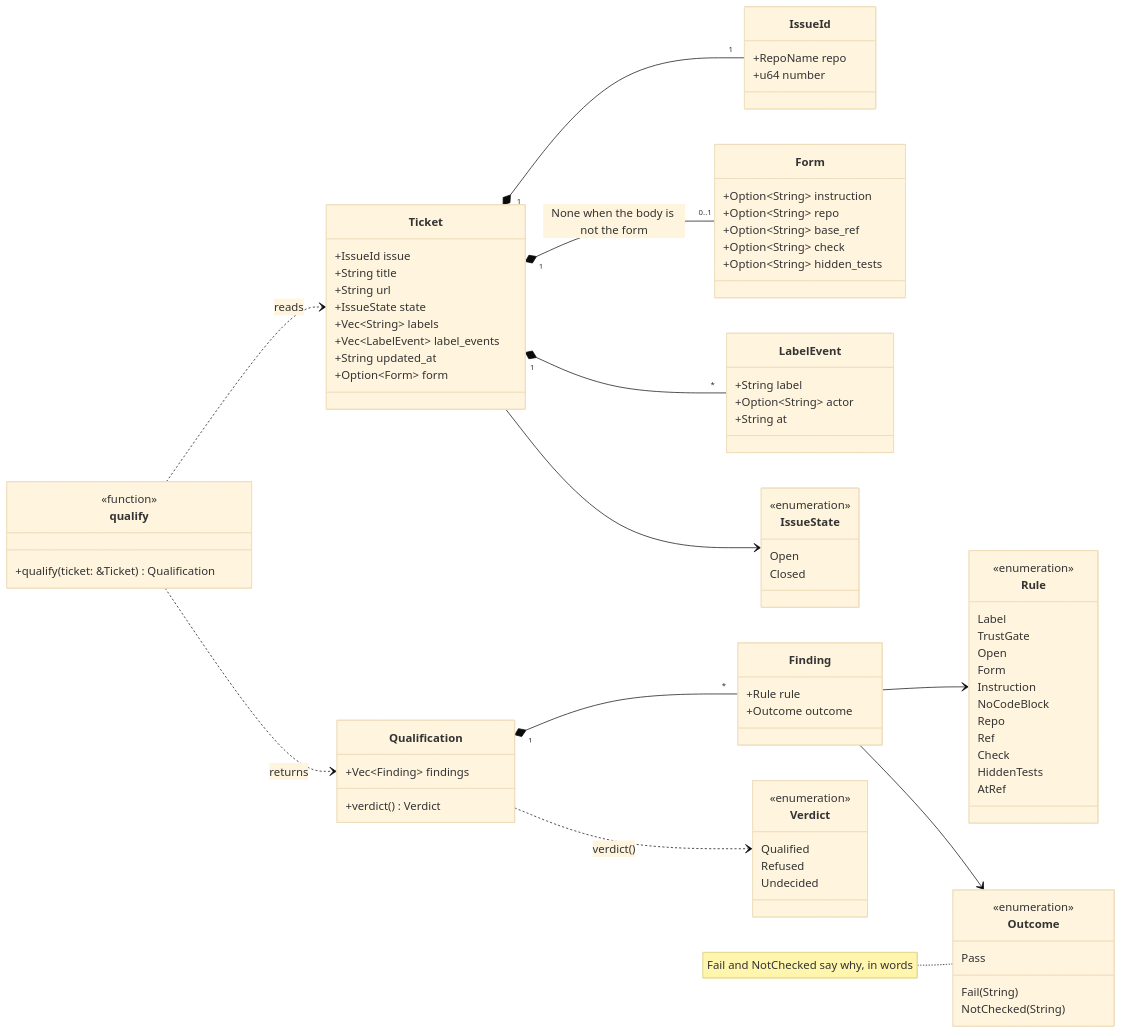
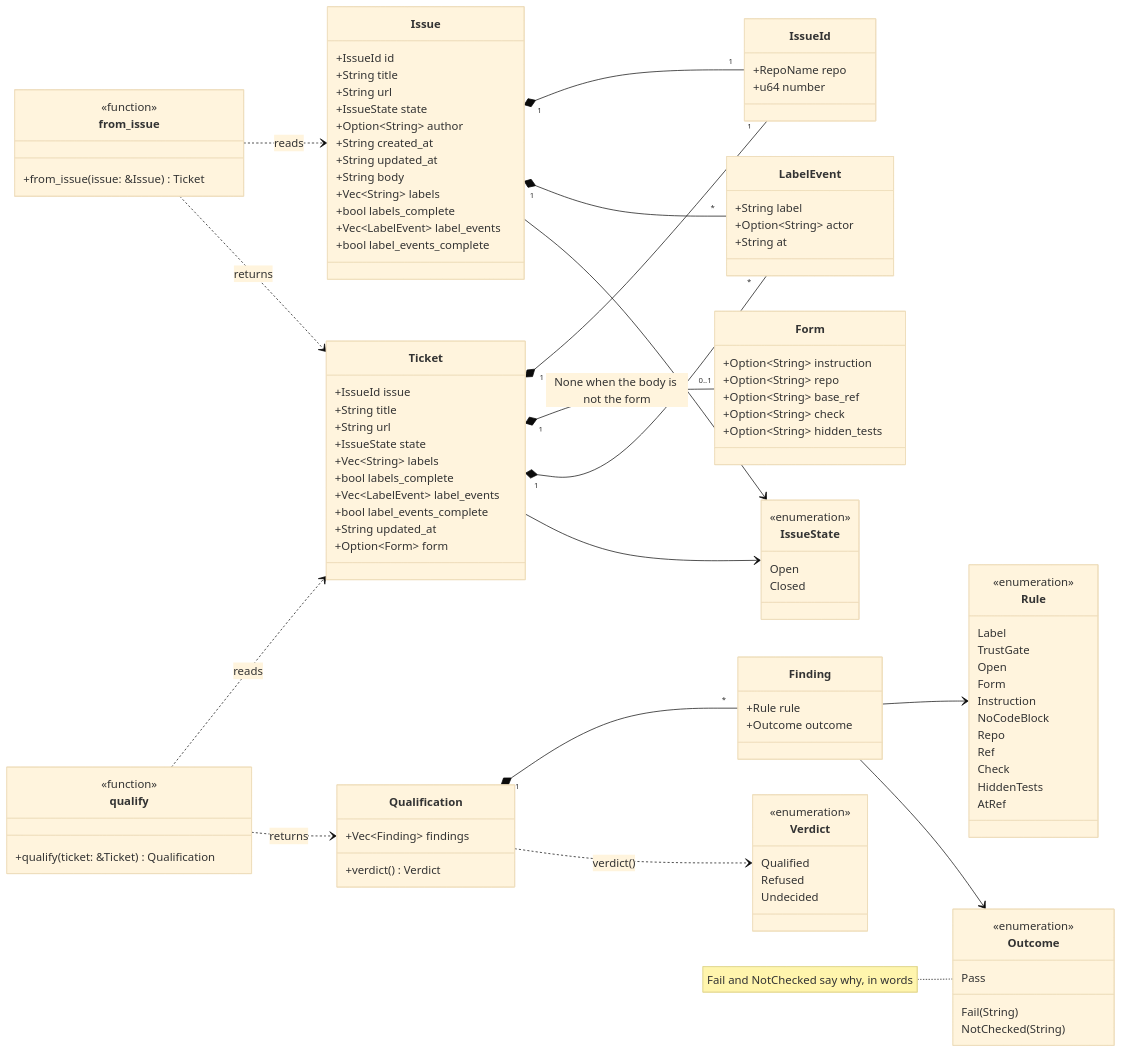
The first of 4 diagrams in docs/qualify.md (KombuseLabs/kai), drawn with Mermaid (base theme) before and after one commit. The commit also changed other lines of this file and 24 other files, not shown here.

```diff
--- a/docs/qualify.md
+++ b/docs/qualify.md
@@ -12,15 +14,35 @@
 classDiagram
     direction LR
 
+    class Issue {
+        +IssueId id
+        +String title
+        +String url
+        +IssueState state
+        +Option~String~ author
+        +String created_at
+        +String updated_at
+        +String body
+        +Vec~String~ labels
+        +bool labels_complete
+        +Vec~LabelEvent~ label_events
+        +bool label_events_complete
+    }
     class Ticket {
         +IssueId issue
         +String title
         +String url
         +IssueState state
         +Vec~String~ labels
+        +bool labels_complete
         +Vec~LabelEvent~ label_events
+        +bool label_events_complete
         +String updated_at
         +Option~Form~ form
+    }
+    class from_issue {
+        <<function>>
+        +from_issue(issue: &Issue) Ticket
     }
     class IssueId {
         +RepoName repo
@@ -84,6 +106,11 @@
         Undecided
     }
 
+    Issue "1" *-- "1" IssueId
+    Issue "1" *-- "*" LabelEvent
+    Issue --> IssueState
+    from_issue ..> Issue : reads
+    from_issue ..> Ticket : returns
     Ticket "1" *-- "1" IssueId
     Ticket "1" *-- "0..1" Form : None when the body is not the form
     Ticket "1" *-- "*" LabelEvent
```
